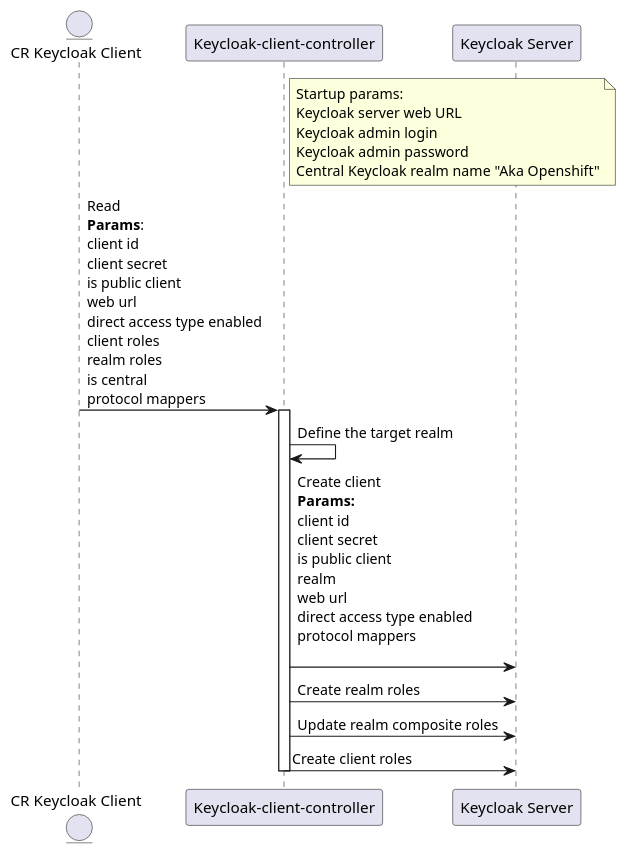
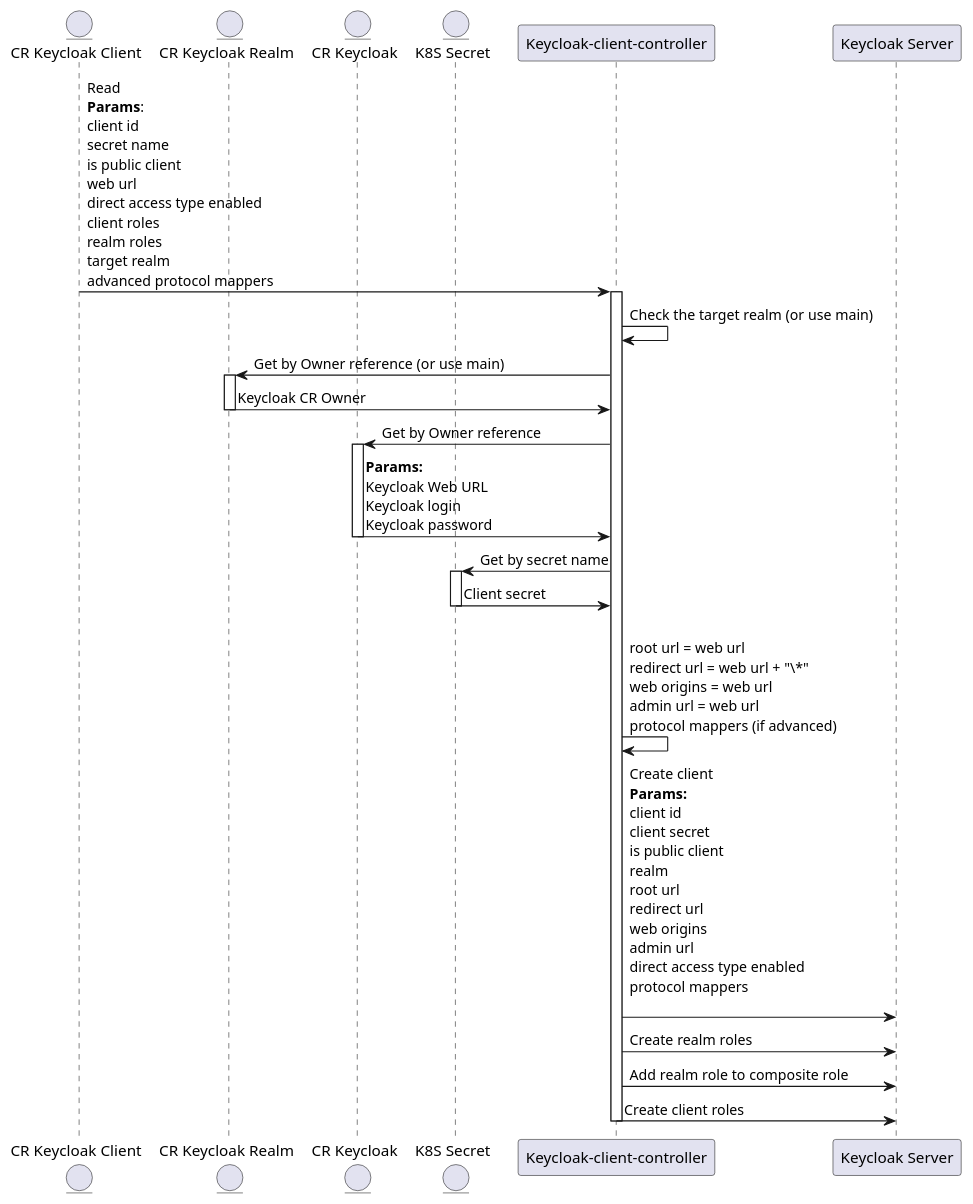
One commit to epam/edp-architecture changed the diagram in module-based-acrhitecture/keycloak/keycloak-client-controller.puml. Above: the diagram before and after it, drawn with PlantUML.

Commit message:
[EPMDEDP-3728] Add implementation diagram

```diff
--- a/module-based-acrhitecture/keycloak/keycloak-client-controller.puml
+++ b/module-based-acrhitecture/keycloak/keycloak-client-controller.puml
@@ -1,48 +1,69 @@
 @startuml
 entity "CR Keycloak Client" as cr_client
+entity "CR Keycloak Realm" as cr_realm
+entity "CR Keycloak" as cr_keycloak
+entity "K8S Secret" as secret
 participant "Keycloak-client-controller" as keycloak_client_controller
-note right of keycloak_client_controller
-Startup params:
-Keycloak server web URL
-Keycloak admin login
-Keycloak admin password
-Central Keycloak realm name "Aka Openshift"
-end note
 participant "Keycloak Server" as server
-
 
 cr_client -> keycloak_client_controller: \
 Read \n\
 **Params**: \n\
 client id \n\
-client secret \n\
+secret name \n\
 is public client \n\
 web url \n\
 direct access type enabled \n\
 client roles \n\
 realm roles \n\
-is central \n\
-protocol mappers
+target realm \n\
+advanced protocol mappers
 
 activate keycloak_client_controller
 
-keycloak_client_controller -> keycloak_client_controller: Define the target realm
+keycloak_client_controller -> keycloak_client_controller: Check the target realm (or use main)
+keycloak_client_controller -> cr_realm : Get by Owner reference (or use main)
+activate cr_realm
+cr_realm -> keycloak_client_controller: Keycloak CR Owner
+deactivate cr_realm
+keycloak_client_controller -> cr_keycloak: Get by Owner reference
+activate cr_keycloak
+cr_keycloak -> keycloak_client_controller: **Params:** \n\
+Keycloak Web URL \n\
+Keycloak login \n\
+Keycloak password
+deactivate cr_keycloak
+
+keycloak_client_controller -> secret: Get by secret name
+activate secret
+secret -> keycloak_client_controller: Client secret
+deactivate secret
+
+keycloak_client_controller -> keycloak_client_controller: \n\
+root url = web url \n\
+redirect url = web url + "\*" \n\
+web origins = web url \n\
+admin url = web url \n\
+protocol mappers (if advanced)
 
 keycloak_client_controller -> server: \
 Create client \n\
 **Params:** \n\
 client id \n\
 client secret \n\
 is public client \n\
 realm \n\
-web url \n\
+root url \n\
+redirect url \n\
+web origins \n\
+admin url \n\
 direct access type enabled \n\
 protocol mappers \n\
 
 keycloak_client_controller -> server: Create realm roles
-keycloak_client_controller -> server: Update realm composite roles
+keycloak_client_controller -> server: Add realm role to composite role
 keycloak_client_controller -> server: Create client roles
 
 deactivate keycloak_client_controller
 
 @enduml
```
